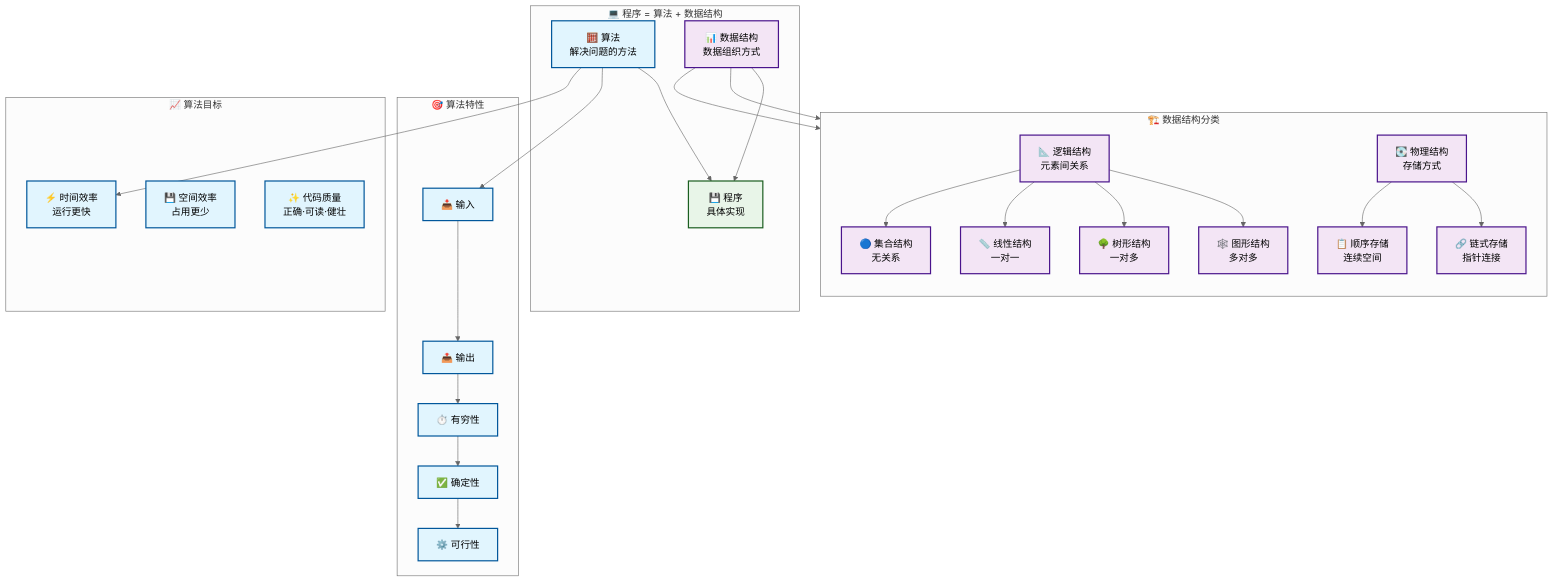
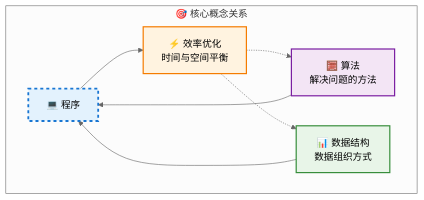
One commit to caoyang2002/AlgorithmPractices changed the first of 12 diagrams in src/00_preface/00_02_data_structures_algorithms.md. Above: the diagram before and after it, drawn with Mermaid (neutral theme). The commit also changed other lines of this file and 22 other files, not shown here.

````diff
--- a/src/00_preface/00_02_data_structures_algorithms.md
+++ b/src/00_preface/00_02_data_structures_algorithms.md
@@ -163,52 +164,20 @@
 ```mermaid
 graph TB
-    subgraph "💻 程序 = 算法 + 数据结构"
-        A[🧮 算法<br/>解决问题的方法]
-        B[📊 数据结构<br/>数据组织方式]
-        C[💾 程序<br/>具体实现]
+    subgraph "🎯 核心概念关系"
+        A[💻 程序]
+        B[🧮 算法<br/>解决问题的方法]
+        C[📊 数据结构<br/>数据组织方式]
+        D[⚡ 效率优化<br/>时间与空间平衡]
+
+        B --> A
+        C --> A
+        A --> D
+        D -.-> B
+        D -.-> C
     end
 
-    A --> C
-    B --> C
-
-    subgraph "🎯 算法特性"
-        A1[📥 输入] --> A2[📤 输出]
-        A2 --> A3[⏱️ 有穷性]
-        A3 --> A4[✅ 确定性]
-        A4 --> A5[⚙️ 可行性]
-    end
-
-    subgraph "📈 算法目标"
-        T1[⚡ 时间效率<br/>运行更快]
-        T2[💾 空间效率<br/>占用更少]
-        T3[✨ 代码质量<br/>正确·可读·健壮]
-    end
-
-    subgraph "🏗️ 数据结构分类"
-        direction TB
-        L1[📐 逻辑结构<br/>元素间关系]
-        P1[💽 物理结构<br/>存储方式]
-
-        L1 --> L2[🔵 集合结构<br/>无关系]
-        L1 --> L3[📏 线性结构<br/>一对一]
-        L1 --> L4[🌳 树形结构<br/>一对多]
-        L1 --> L5[🕸️ 图形结构<br/>多对多]
-
-        P1 --> P2[📋 顺序存储<br/>连续空间]
-        P1 --> P3[🔗 链式存储<br/>指针连接]
-    end
-
-    A --> A1
-    B --> L1
-    B --> P1
-    A --> T1
-
-    classDef algorithmStyle fill:#e1f5fe,stroke:#01579b,stroke-width:2px
-    classDef dataStructureStyle fill:#f3e5f5,stroke:#4a148c,stroke-width:2px
-    classDef programStyle fill:#e8f5e8,stroke:#1b5e20,stroke-width:2px
-    classDef featureStyle fill:#fff3e0,stroke:#e65100,stroke-width:2px
-
-    class A,A1,A2,A3,A4,A5,T1,T2,T3 algorithmStyle
-    class B,L1,L2,L3,L4,L5,P1,P2,P3 dataStructureStyle
-    class C programStyle
+    style A fill:#e3f2fd,stroke:#1976d2,stroke-width:3px,color:#000,stroke-dasharray: 5 5
+    style B fill:#f3e5f5,stroke:#7b1fa2,stroke-width:2px
+    style C fill:#e8f5e8,stroke:#388e3c,stroke-width:2px
+    style D fill:#fff3e0,stroke:#f57c00,stroke-width:2px
 ```
````
